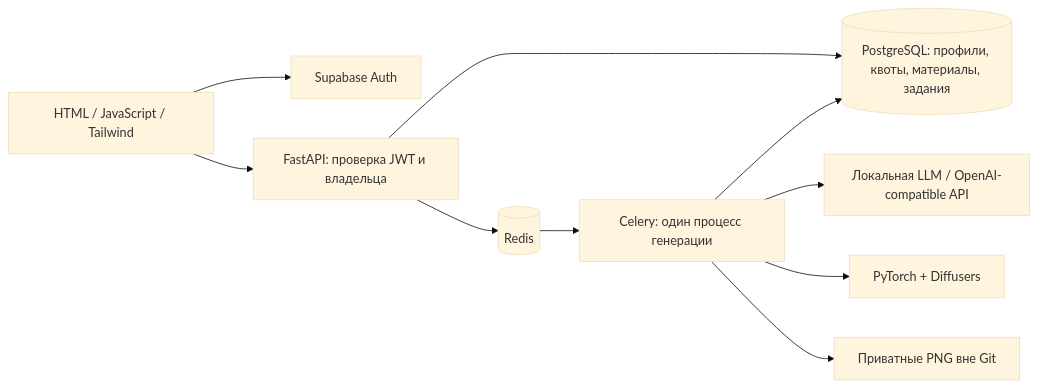
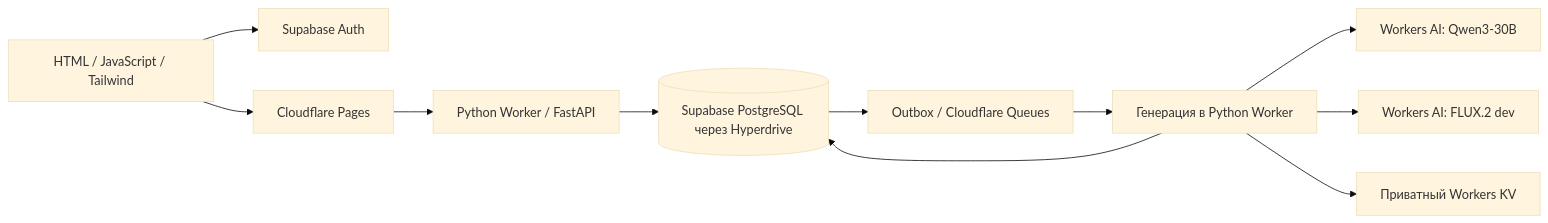
One commit to batyrkekw/SANA changed the diagram in README.md. Above: the diagram before and after it, drawn with Mermaid (base theme). The commit also changed other lines of this file and 24 other files, not shown here.

````diff
--- a/README.md
+++ b/README.md
@@ -7,12 +7,13 @@
 ```mermaid
 flowchart LR
   Browser[HTML / JavaScript / Tailwind] --> Auth[Supabase Auth]
-  Browser --> API[FastAPI: проверка JWT и владельца]
-  API --> DB[(PostgreSQL: профили, квоты, материалы, задания)]
-  API --> Queue[(Redis)]
-  Queue --> Worker[Celery: один процесс генерации]
-  Worker --> LLM[Локальная LLM / OpenAI-compatible API]
-  Worker --> Images[PyTorch + Diffusers]
+  Browser --> Pages[Cloudflare Pages]
+  Pages --> API[Python Worker / FastAPI]
+  API --> DB[(Supabase PostgreSQL через Hyperdrive)]
+  DB --> Queue[Outbox / Cloudflare Queues]
+  Queue --> Worker[Генерация в Python Worker]
+  Worker --> LLM[Workers AI: Qwen3-30B]
+  Worker --> Images[Workers AI: FLUX.2 dev]
   Worker --> DB
-  Worker --> Files[Приватные PNG вне Git]
+  Worker --> Files[Приватный Workers KV]
 ```
````
